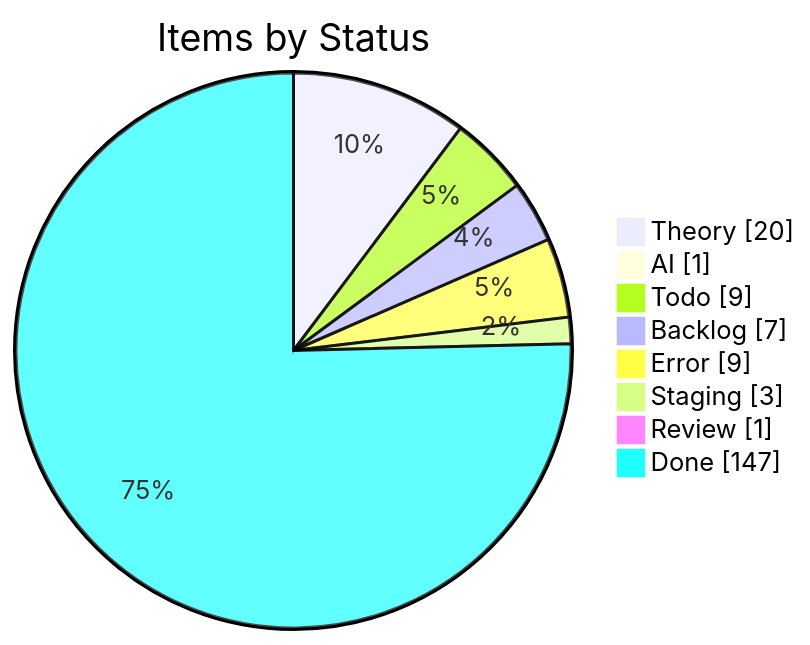
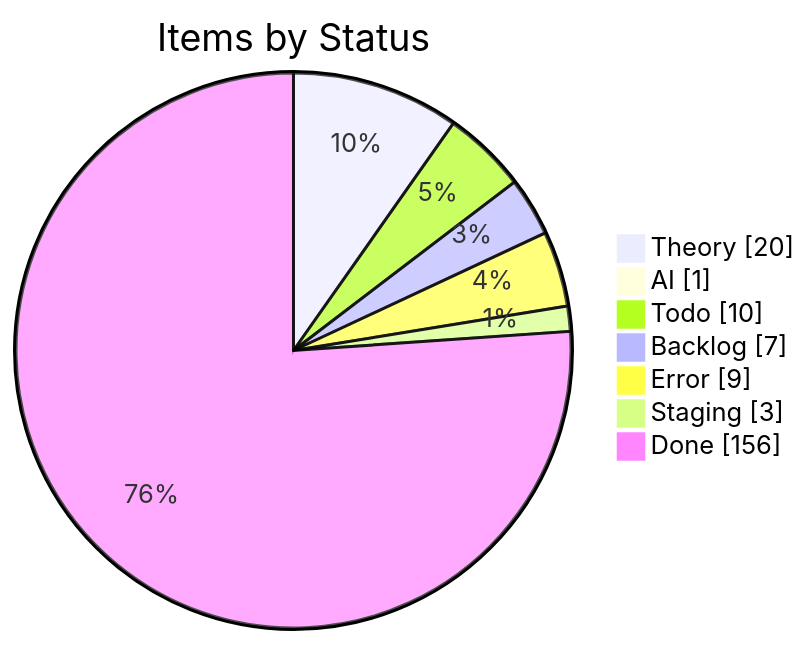
The first of 4 diagrams in apps/kbve/astro-kbve/src/content/docs/dashboard/kanban-data.mdx (KBVE/kbve), drawn with Mermaid before and after one commit. The commit also changed other lines of this file and 8 other files, not shown here.

````diff
--- a/apps/kbve/astro-kbve/src/content/docs/dashboard/kanban-data.mdx
+++ b/apps/kbve/astro-kbve/src/content/docs/dashboard/kanban-data.mdx
@@ -55,12 +55,11 @@
 ```mermaid
 pie showData
     title Items by Status
     "Theory" : 20
     "AI" : 1
-    "Todo" : 9
+    "Todo" : 10
     "Backlog" : 7
     "Error" : 9
     "Staging" : 3
-    "Review" : 1
-    "Done" : 147
+    "Done" : 156
 ```
````
